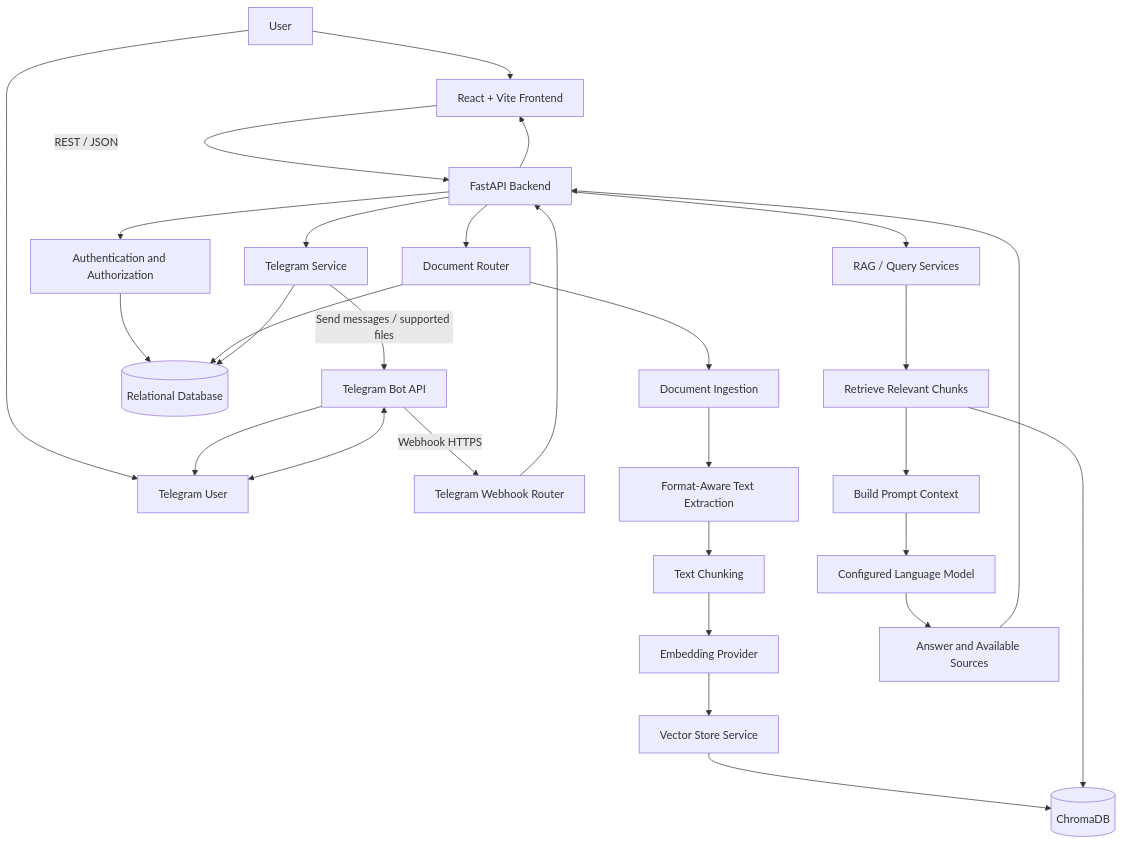
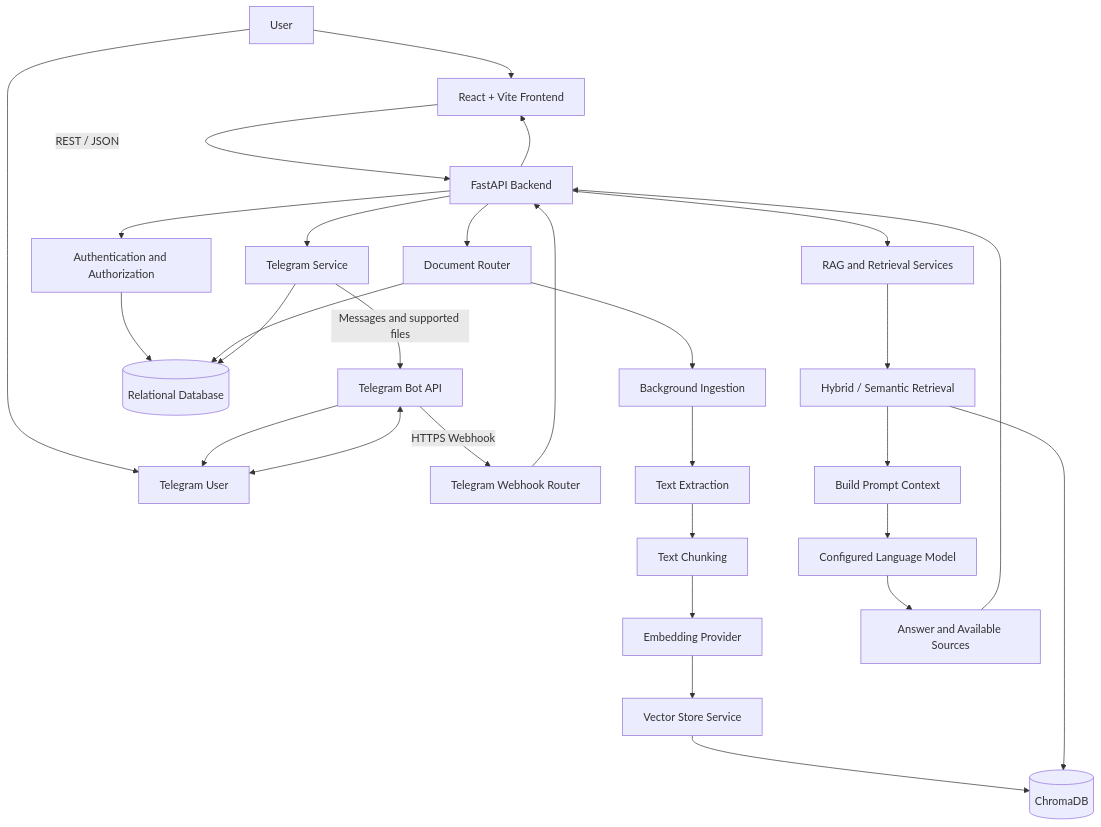
One commit to utkarsh-0106/JANGO-System changed the diagram in README.md. Above: the diagram before and after it, drawn with Mermaid. The commit also changed other lines of this file, not shown here.

Commit message:
Update README with latest JANGO features and architecture

````diff
--- a/README.md
+++ b/README.md
@@ -79,37 +126,37 @@
-```mermaid
+``` mermaid
 flowchart TD
     USER[User] --> WEB[React + Vite Frontend]
     USER --> TGUSER[Telegram User]
 
     WEB -->|REST / JSON| API[FastAPI Backend]
     TGUSER <--> BOT[Telegram Bot API]
-    BOT -->|Webhook HTTPS| TGH[Telegram Webhook Router]
+    BOT -->|HTTPS Webhook| TGH[Telegram Webhook Router]
     TGH --> API
 
     API --> AUTH[Authentication and Authorization]
     API --> DOCS[Document Router]
-    API --> RAG[RAG / Query Services]
+    API --> RAG[RAG and Retrieval Services]
     API --> TGS[Telegram Service]
 
     AUTH --> SQL[(Relational Database)]
     DOCS --> SQL
     TGS --> SQL
 
-    DOCS --> INGEST[Document Ingestion]
-    INGEST --> EXTRACT[Format-Aware Text Extraction]
+    DOCS --> INGEST[Background Ingestion]
+    INGEST --> EXTRACT[Text Extraction]
     EXTRACT --> CHUNK[Text Chunking]
     CHUNK --> EMBED[Embedding Provider]
     EMBED --> VS[Vector Store Service]
     VS --> CHROMA[(ChromaDB)]
 
-    RAG --> RETRIEVE[Retrieve Relevant Chunks]
+    RAG --> RETRIEVE[Hybrid / Semantic Retrieval]
     RETRIEVE --> CHROMA
     RETRIEVE --> CONTEXT[Build Prompt Context]
     CONTEXT --> LLM[Configured Language Model]
     LLM --> ANSWER[Answer and Available Sources]
 
     ANSWER --> API
     API --> WEB
-    TGS -->|Send messages / supported files| BOT
+    TGS -->|Messages and supported files| BOT
     BOT --> TGUSER
 ```
````
